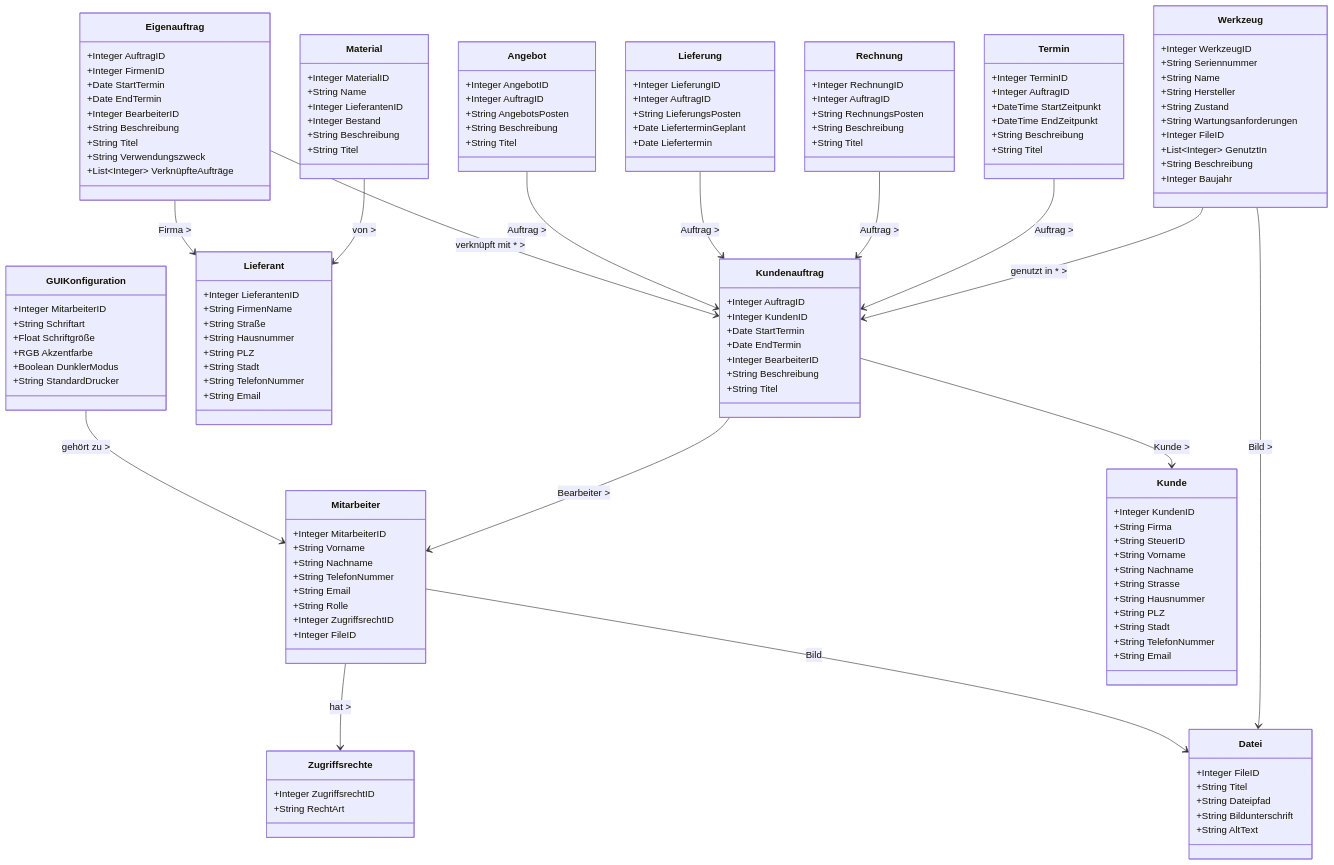
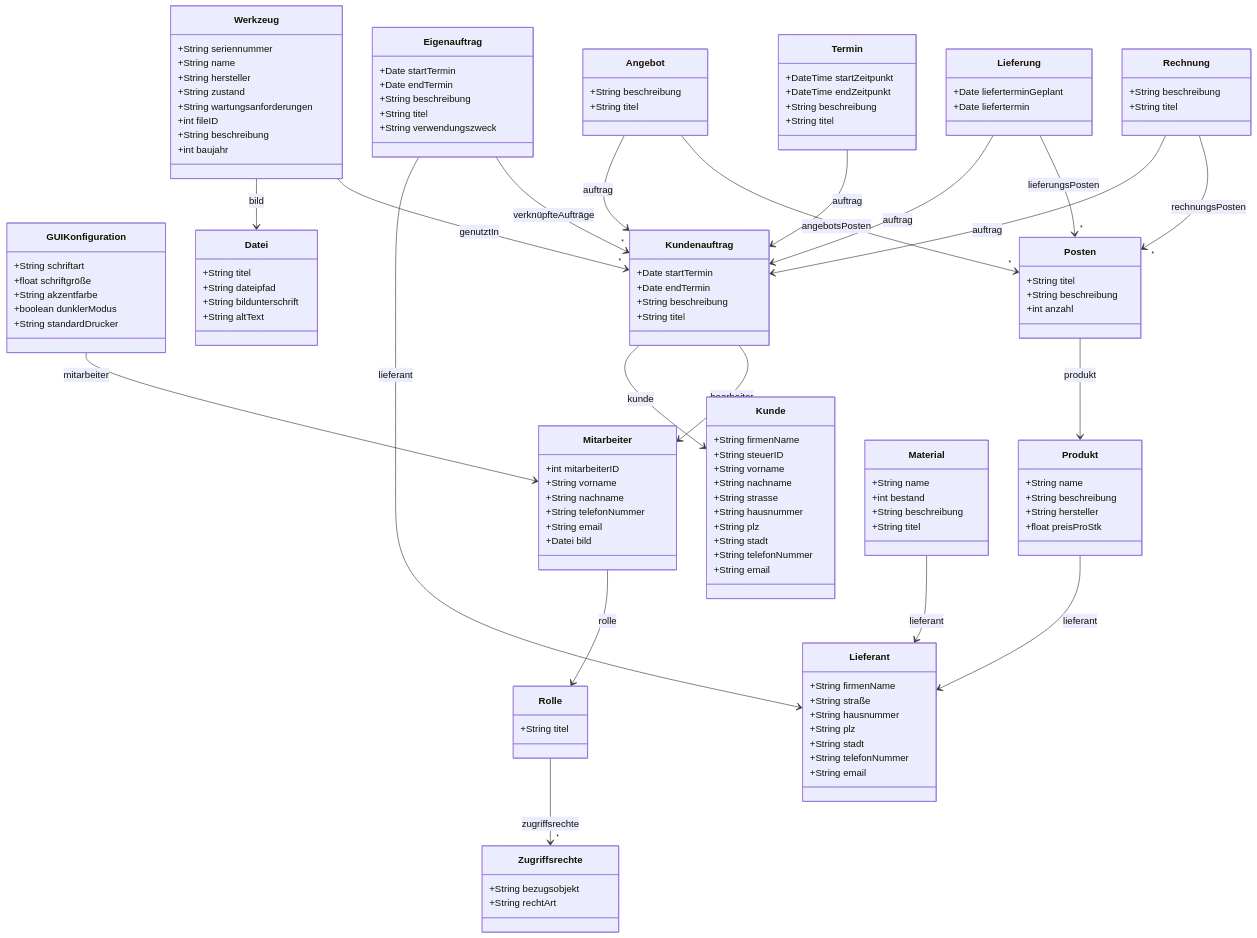
The diagram in diagrams/Analyseklassendiagramm/mermaid.md (matteokosina/swe-programmentwurf), drawn with Mermaid before and after one commit.

Commit message:
neu generiert mit richtigen tabellen

````diff
--- a/diagrams/Analyseklassendiagramm/mermaid.md
+++ b/diagrams/Analyseklassendiagramm/mermaid.md
@@ -1,154 +1,184 @@
 ```mermaid
 classDiagram
-%% Klassen
+
+%% --- Mitarbeiter, Rolle, Zugriffsrechte ---
 class Mitarbeiter {
-  +Integer MitarbeiterID
-  +String Vorname
-  +String Nachname
-  +String TelefonNummer
-  +String Email
-  +String Rolle
-  +Integer ZugriffsrechtID
-  +Integer FileID
+  +int mitarbeiterID
+  +String vorname
+  +String nachname
+  +String telefonNummer
+  +String email
+  +Datei bild
 }
 
-class GUIKonfiguration {
-  +Integer MitarbeiterID
-  +String Schriftart
-  +Float Schriftgröße
-  +RGB Akzentfarbe
-  +Boolean DunklerModus
-  +String StandardDrucker
+class Rolle {
+  +String titel
 }
 
 class Zugriffsrechte {
-  +Integer ZugriffsrechtID
-  +String RechtArt
+  +String bezugsobjekt
+  +String rechtArt
 }
 
-class Lieferant {
-  +Integer LieferantenID
-  +String FirmenName
-  +String Straße
-  +String Hausnummer
-  +String PLZ
-  +String Stadt
-  +String TelefonNummer
-  +String Email
+Mitarbeiter --> Rolle : rolle
+Rolle --> "*" Zugriffsrechte : zugriffsrechte
+
+
+%% --- GUI-Konfiguration ---
+class GUIKonfiguration {
+  +String schriftart
+  +float schriftgröße
+  +String akzentfarbe
+  +boolean dunklerModus
+  +String standardDrucker
 }
 
-class Kunde {
-  +Integer KundenID
-  +String Firma
-  +String SteuerID
-  +String Vorname
-  +String Nachname
-  +String Strasse
-  +String Hausnummer
-  +String PLZ
-  +String Stadt
-  +String TelefonNummer
-  +String Email
+GUIKonfiguration --> Mitarbeiter : mitarbeiter
+
+
+%% --- Datei ---
+class Datei {
+  +String titel
+  +String dateipfad
+  +String bildunterschrift
+  +String altText
 }
 
-class Kundenauftrag {
-  +Integer AuftragID
-  +Integer KundenID
-  +Date StartTermin
-  +Date EndTermin
-  +Integer BearbeiterID
-  +String Beschreibung
-  +String Titel
+
+%% --- Lieferanten ---
+class Lieferant {
+  +String firmenName
+  +String straße
+  +String hausnummer
+  +String plz
+  +String stadt
+  +String telefonNummer
+  +String email
 }
 
-class Eigenauftrag {
-  +Integer AuftragID
-  +Integer FirmenID
-  +Date StartTermin
-  +Date EndTermin
-  +Integer BearbeiterID
-  +String Beschreibung
-  +String Titel
-  +String Verwendungszweck
-  +List~Integer~ VerknüpfteAufträge
+
+%% --- Kunden ---
+class Kunde {
+  +String firmenName
+  +String steuerID
+  +String vorname
+  +String nachname
+  +String strasse
+  +String hausnummer
+  +String plz
+  +String stadt
+  +String telefonNummer
+  +String email
 }
 
-class Angebot {
-  +Integer AngebotID
-  +Integer AuftragID
-  +String AngebotsPosten
-  +String Beschreibung
-  +String Titel
+
+%% --- Kundenaufträge ---
+class Kundenauftrag {
+  +Date startTermin
+  +Date endTermin
+  +String beschreibung
+  +String titel
 }
 
-class Lieferung {
-  +Integer LieferungID
-  +Integer AuftragID
-  +String LieferungsPosten
-  +Date LieferterminGeplant
-  +Date Liefertermin
+Kundenauftrag --> Kunde : kunde
+Kundenauftrag --> Mitarbeiter : bearbeiter
+
+
+%% --- Eigenauftrag ---
+class Eigenauftrag {
+  +Date startTermin
+  +Date endTermin
+  +String beschreibung
+  +String titel
+  +String verwendungszweck
 }
 
-class Rechnung {
-  +Integer RechnungID
-  +Integer AuftragID
-  +String RechnungsPosten
-  +String Beschreibung
-  +String Titel
+Eigenauftrag --> Lieferant : lieferant
+Eigenauftrag --> "*" Kundenauftrag : verknüpfteAufträge
+
+
+%% --- Angebote ---
+class Angebot {
+  +String beschreibung
+  +String titel
 }
 
-class Termin {
-  +Integer TerminID
-  +Integer AuftragID
-  +DateTime StartZeitpunkt
-  +DateTime EndZeitpunkt
-  +String Beschreibung
-  +String Titel
+Angebot --> Kundenauftrag : auftrag
+Angebot --> "*" Posten : angebotsPosten
+
+
+%% --- Lieferungen ---
+class Lieferung {
+  +Date lieferterminGeplant
+  +Date liefertermin
 }
 
-class Material {
-  +Integer MaterialID
-  +String Name
-  +Integer LieferantenID
-  +Integer Bestand
-  +String Beschreibung
-  +String Titel
+Lieferung --> Kundenauftrag : auftrag
+Lieferung --> "*" Posten : lieferungsPosten
+
+
+%% --- Rechnungen ---
+class Rechnung {
+  +String beschreibung
+  +String titel
 }
 
-class Werkzeug {
-  +Integer WerkzeugID
-  +String Seriennummer
-  +String Name
-  +String Hersteller
-  +String Zustand
-  +String Wartungsanforderungen
-  +Integer FileID
-  +List~Integer~ GenutztIn
-  +String Beschreibung
-  +Integer Baujahr
+Rechnung --> Kundenauftrag : auftrag
+Rechnung --> "*" Posten : rechnungsPosten
+
+
+%% --- Posten & Produkt ---
+class Posten {
+  +String titel
+  +String beschreibung
+  +int anzahl
 }
 
-class Datei {
-  +Integer FileID
-  +String Titel
-  +String Dateipfad
-  +String Bildunterschrift
-  +String AltText
+class Produkt {
+  +String name
+  +String beschreibung
+  +String hersteller
+  +float preisProStk
 }
 
-%% Assoziationen
-Mitarbeiter --> Zugriffsrechte : hat >
-Mitarbeiter --> Datei : Bild
-GUIKonfiguration --> Mitarbeiter : gehört zu >
-Kundenauftrag --> Kunde : Kunde >
-Kundenauftrag --> Mitarbeiter : Bearbeiter >
-Eigenauftrag --> Lieferant : Firma >
-Eigenauftrag --> Kundenauftrag : verknüpft mit * >
-Angebot --> Kundenauftrag : Auftrag >
-Lieferung --> Kundenauftrag : Auftrag >
-Rechnung --> Kundenauftrag : Auftrag >
-Termin --> Kundenauftrag : Auftrag >
-Material --> Lieferant : von >
-Werkzeug --> Kundenauftrag : genutzt in * >
-Werkzeug --> Datei : Bild >
+Posten --> Produkt : produkt
+Produkt --> Lieferant : lieferant
+
+
+%% --- Termin ---
+class Termin {
+  +DateTime startZeitpunkt
+  +DateTime endZeitpunkt
+  +String beschreibung
+  +String titel
+}
+
+Termin --> Kundenauftrag : auftrag
+
+
+%% --- Material ---
+class Material {
+  +String name
+  +int bestand
+  +String beschreibung
+  +String titel
+}
+
+Material --> Lieferant : lieferant
+
+
+%% --- Werkzeug ---
+class Werkzeug {
+  +String seriennummer
+  +String name
+  +String hersteller
+  +String zustand
+  +String wartungsanforderungen
+  +int fileID
+  +String beschreibung
+  +int baujahr
+}
+
+Werkzeug --> Datei : bild
+Werkzeug --> "*" Kundenauftrag : genutztIn
 ```
````
